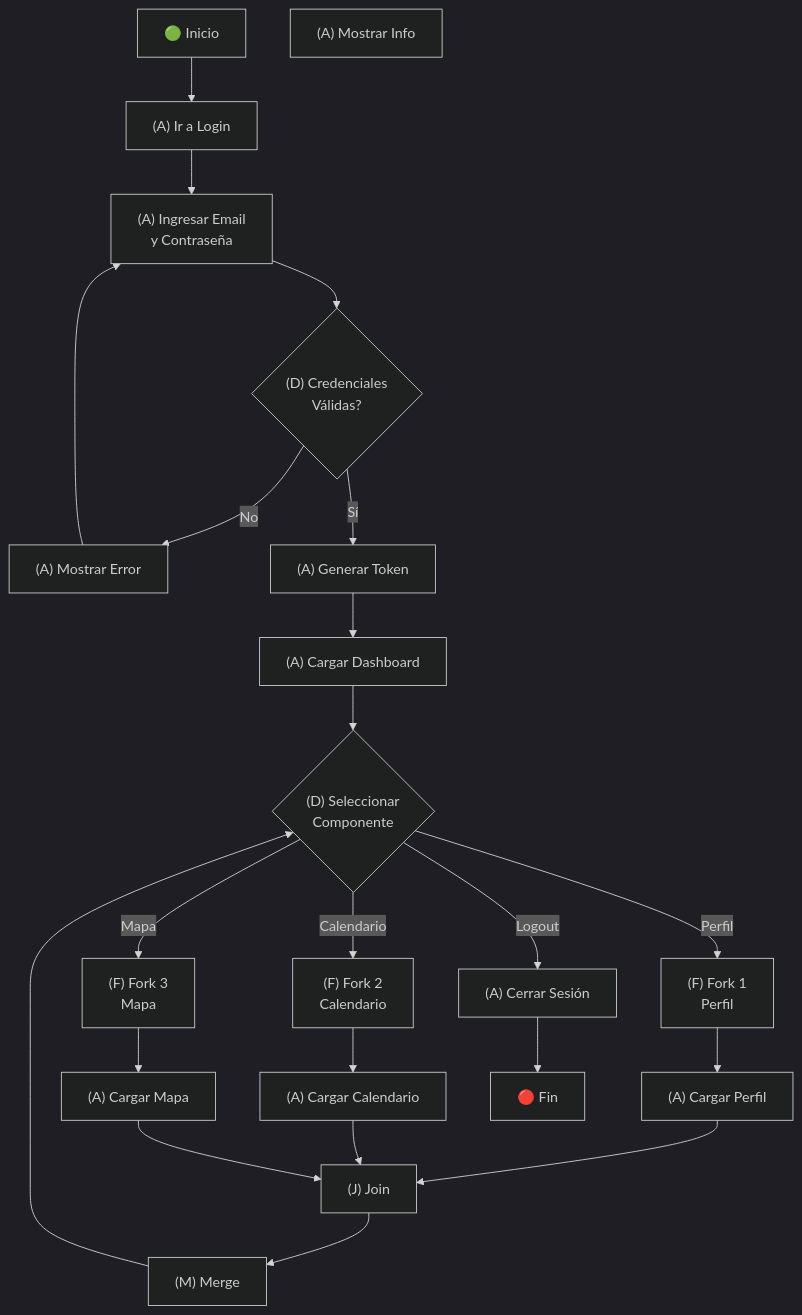
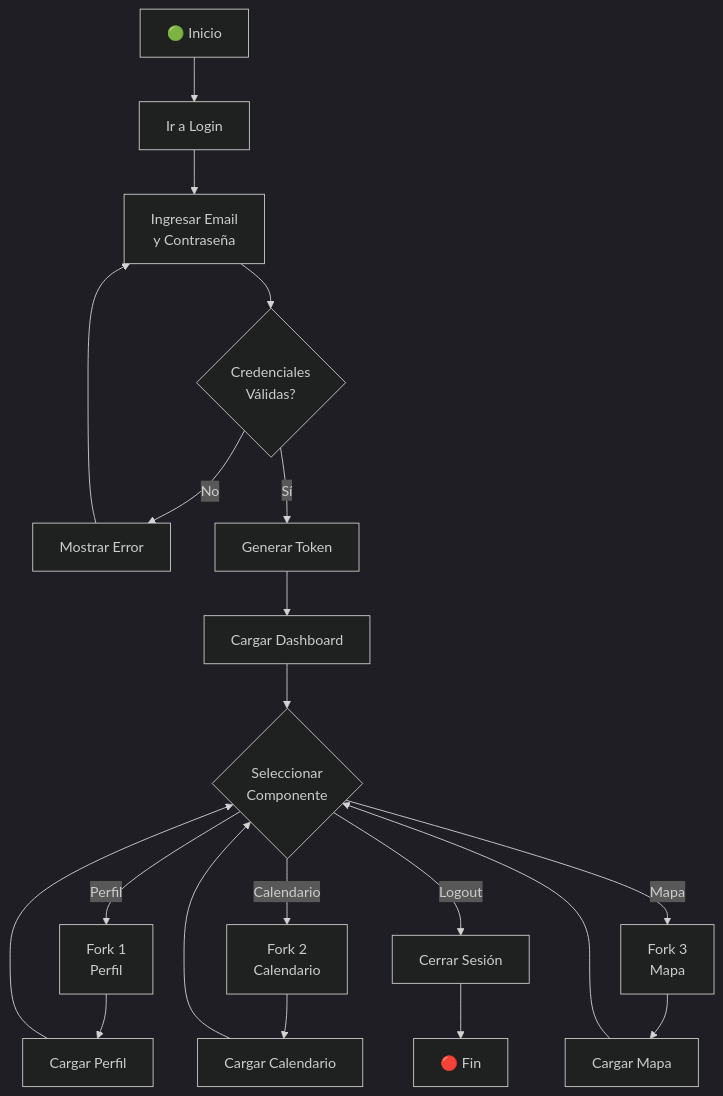
Before and after one commit to martin0731/modelado_verificacion_pruebas: the diagram in diagramas/02b_diagrama_actividades_mejorado.md, drawn with Mermaid (dark theme). The commit also changed other lines of this file, not shown here.

Commit message:
cambios en el diagrama de actividades

````diff
--- a/diagramas/02b_diagrama_actividades_mejorado.md
+++ b/diagramas/02b_diagrama_actividades_mejorado.md
@@ -3,49 +4,43 @@
 ```mermaid
 graph TD
     A[🟢 Inicio]
-    B["(A) Ir a Login"]
-    C["(A) Ingresar Email<br/>y Contraseña"]
-    D{"(D) Credenciales<br/>Válidas?"}
-    E["(A) Mostrar Error"]
-    F["(A) Generar Token"]
-    G["(A) Cargar Dashboard"]
-    H{"(D) Seleccionar<br/>Componente"}
-    I["(A) Cargar Perfil"]
-    J["(A) Cargar Calendario"]
-    K["(A) Cargar Mapa"]
-    L["(A) Mostrar Info"]
-    M["(A) Cerrar Sesión"]
-    N["(F) Fork 1<br/>Perfil"]
-    O["(F) Fork 2<br/>Calendario"]
-    P["(F) Fork 3<br/>Mapa"]
-    Q["(J) Join"]
-    R["(M) Merge"]
+    B["Ir a Login"]
+    C["Ingresar Email<br/>y Contraseña"]
+    D{"Credenciales<br/>Válidas?"}
+    E["Mostrar Error"]
+    F["Generar Token"]
+    G["Cargar Dashboard"]
+    H{"Seleccionar<br/>Componente"}
+    I["Cargar Perfil"]
+    J["Cargar Calendario"]
+    K["Cargar Mapa"]
+    M["Cerrar Sesión"]
+    N["Fork 1<br/>Perfil"]
+    O["Fork 2<br/>Calendario"]
+    P["Fork 3<br/>Mapa"]
     S["🔴 Fin"]
     
     A --> B
     B --> C
     C --> D
     D -->|No| E
     E --> C
     D -->|Sí| F
     F --> G
     G --> H
     
     H -->|Perfil| N
     H -->|Calendario| O
     H -->|Mapa| P
     H -->|Logout| M
     
     N --> I
     O --> J
     P --> K
     
-    I --> Q
-    J --> Q
-    K --> Q
-    
-    Q --> R
-    R --> H
+    I --> H
+    J --> H
+    K --> H
     
     M --> S
 ```
````
